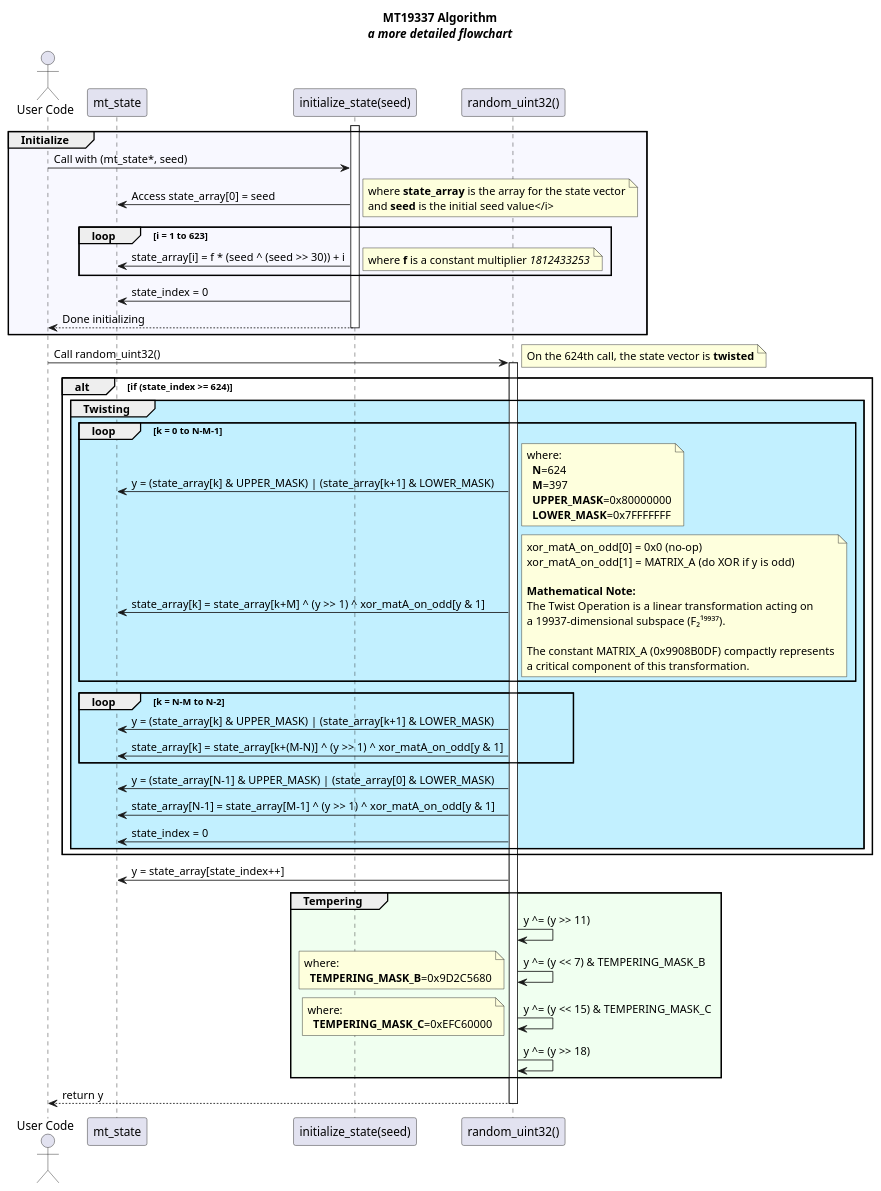
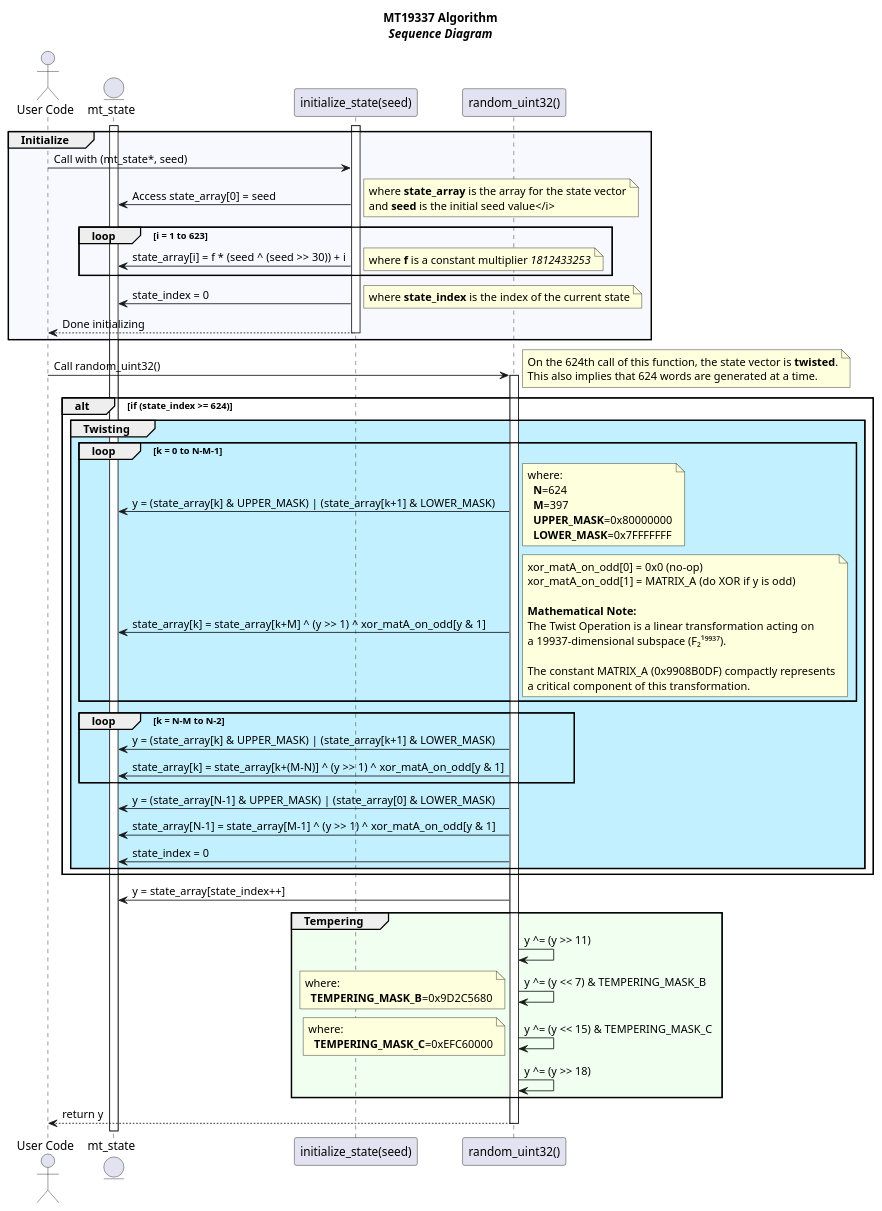
One commit to angelhalili-edu/ai212-s3 changed the diagram in uml/MT19337_Detailed_Sequence_Diagram.puml. Above: the diagram before and after it, drawn with PlantUML.

Commit message:
Update MT19337 Sequence Diagram

```diff
--- a/uml/MT19337_Detailed_Sequence_Diagram.puml
+++ b/uml/MT19337_Detailed_Sequence_Diagram.puml
@@ -1,71 +1,73 @@
 @startuml MT19337_Detailed_Sequence_Diagram
-title "MT19337 Algorithm\n<i>a more detailed flowchart</i>"
+title "MT19337 Algorithm\n<i>Sequence Diagram</i>"
 actor "User Code" as User
-participant "mt_state" as State
+entity "mt_state" as State
+activate State
 participant "initialize_state(seed)" as Init
 participant "random_uint32()" as Gen
 
 group #ghostwhite Initialize
     activate Init
     User -> Init : Call with (mt_state*, seed)
     Init -> State : Access state_array[0] = seed
     note right: where <b>state_array</b> is the array for the state vector\nand <b>seed</b> is the initial seed value</i>
     loop i = 1 to 623
         Init -> State : state_array[i] = f * (seed ^ (seed >> 30)) + i
         note right: where <b>f</b> is a constant multiplier <i>1812433253</i>
     end
     Init -> State : state_index = 0
+    note right: where <b>state_index</b> is the index of the current state
     Init --> User : Done initializing
     deactivate Init
 end
 
 User -> Gen : Call random_uint32()
 activate Gen
-note right: On the 624th call, the state vector is <b>twisted</b>
+note right: On the 624th call of this function, the state vector is <b>twisted</b>.\nThis also implies that 624 words are generated at a time.
 
 alt if (state_index >= 624)
     group #application Twisting 
         loop k = 0 to N-M-1
             Gen -> State : y = (state_array[k] & UPPER_MASK) | (state_array[k+1] & LOWER_MASK)
             note right: where:\n  <b>N</b>=624\n  <b>M</b>=397\n  <b>UPPER_MASK</b>=0x80000000\n  <b>LOWER_MASK</b>=0x7FFFFFFF
             Gen -> State : state_array[k] = state_array[k+M] ^ (y >> 1) ^ xor_matA_on_odd[y & 1]
             note right
                 xor_matA_on_odd[0] = 0x0 (no-op)
                 xor_matA_on_odd[1] = MATRIX_A (do XOR if y is odd)
 
                 <b>Mathematical Note:</b>
                 The Twist Operation is a linear transformation acting on
                 a 19937-dimensional subspace (F₂¹⁹⁹³⁷). 
 
                 The constant MATRIX_A (0x9908B0DF) compactly represents
                 a critical component of this transformation.
             end note
         end
 
         loop k = N-M to N-2
             Gen -> State : y = (state_array[k] & UPPER_MASK) | (state_array[k+1] & LOWER_MASK)
             Gen -> State : state_array[k] = state_array[k+(M-N)] ^ (y >> 1) ^ xor_matA_on_odd[y & 1]
         end
 
         Gen -> State : y = (state_array[N-1] & UPPER_MASK) | (state_array[0] & LOWER_MASK)
         Gen -> State : state_array[N-1] = state_array[M-1] ^ (y >> 1) ^ xor_matA_on_odd[y & 1]
 
         Gen -> State : state_index = 0
     end
 end
 
 Gen -> State : y = state_array[state_index++]
 
 group #honeydew Tempering
     Gen -> Gen : y ^= (y >> 11)
     Gen -> Gen : y ^= (y << 7) & TEMPERING_MASK_B
     note left: where:\n  <b>TEMPERING_MASK_B</b>=0x9D2C5680
     Gen -> Gen : y ^= (y << 15) & TEMPERING_MASK_C
     note left: where:\n  <b>TEMPERING_MASK_C</b>=0xEFC60000
     Gen -> Gen : y ^= (y >> 18)
 end
 
 Gen --> User : return y
 deactivate Gen
 
 @enduml
```
